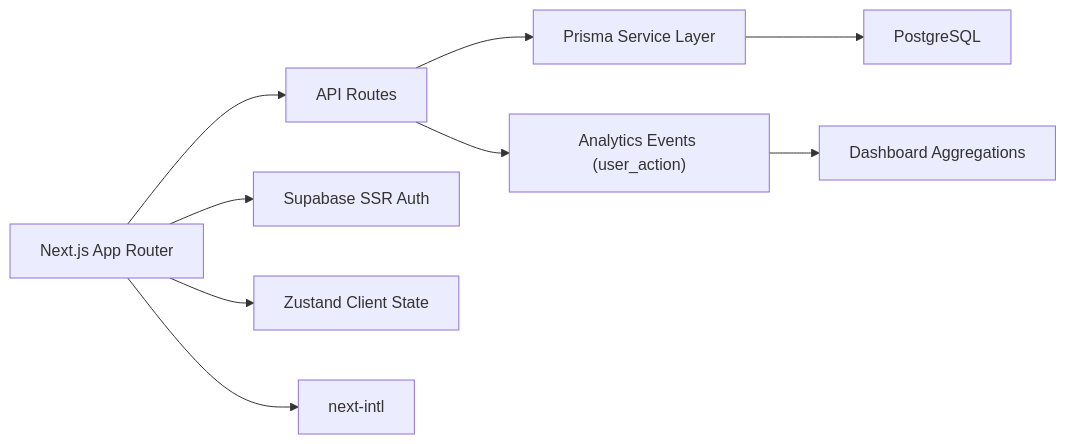
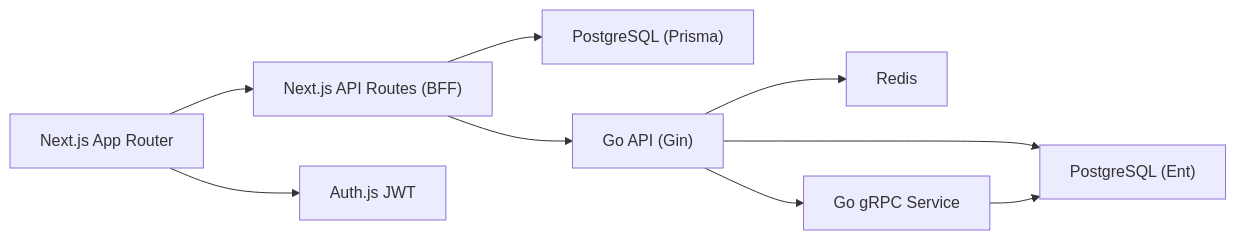
One commit to GeKaixing/gekaixing changed the diagram in README.md. Above: the diagram before and after it, drawn with Mermaid. The commit also changed other lines of this file and 163 other files, not shown here.

````diff
--- a/README.md
+++ b/README.md
@@ -60,13 +24,11 @@
 ```mermaid
 flowchart LR
-  A["Next.js App Router"] --> B["API Routes"]
-  B --> C["Prisma Service Layer"]
-  C --> D["PostgreSQL"]
-
-  A --> E["Supabase SSR Auth"]
-  A --> F["Zustand Client State"]
-  A --> G["next-intl"]
-
-  B --> H["Analytics Events (user_action)"]
-  H --> I["Dashboard Aggregations"]
+  A["Next.js App Router"] --> B["Next.js API Routes (BFF)"]
+  B --> C["PostgreSQL (Prisma)"]
+  B --> D["Go API (Gin)"]
+  D --> E["PostgreSQL (Ent)"]
+  D --> F["Redis"]
+  G["Go gRPC Service"] --> E
+  D --> G
+  A --> H["Auth.js JWT"]
 ```
````
